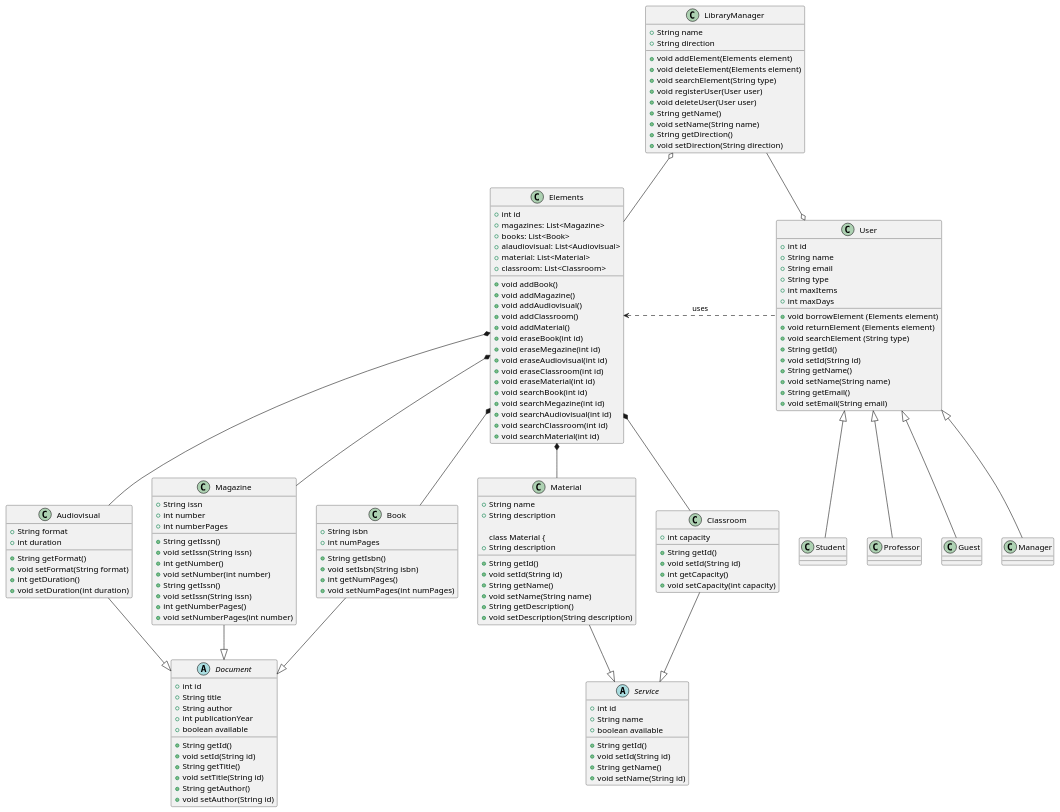
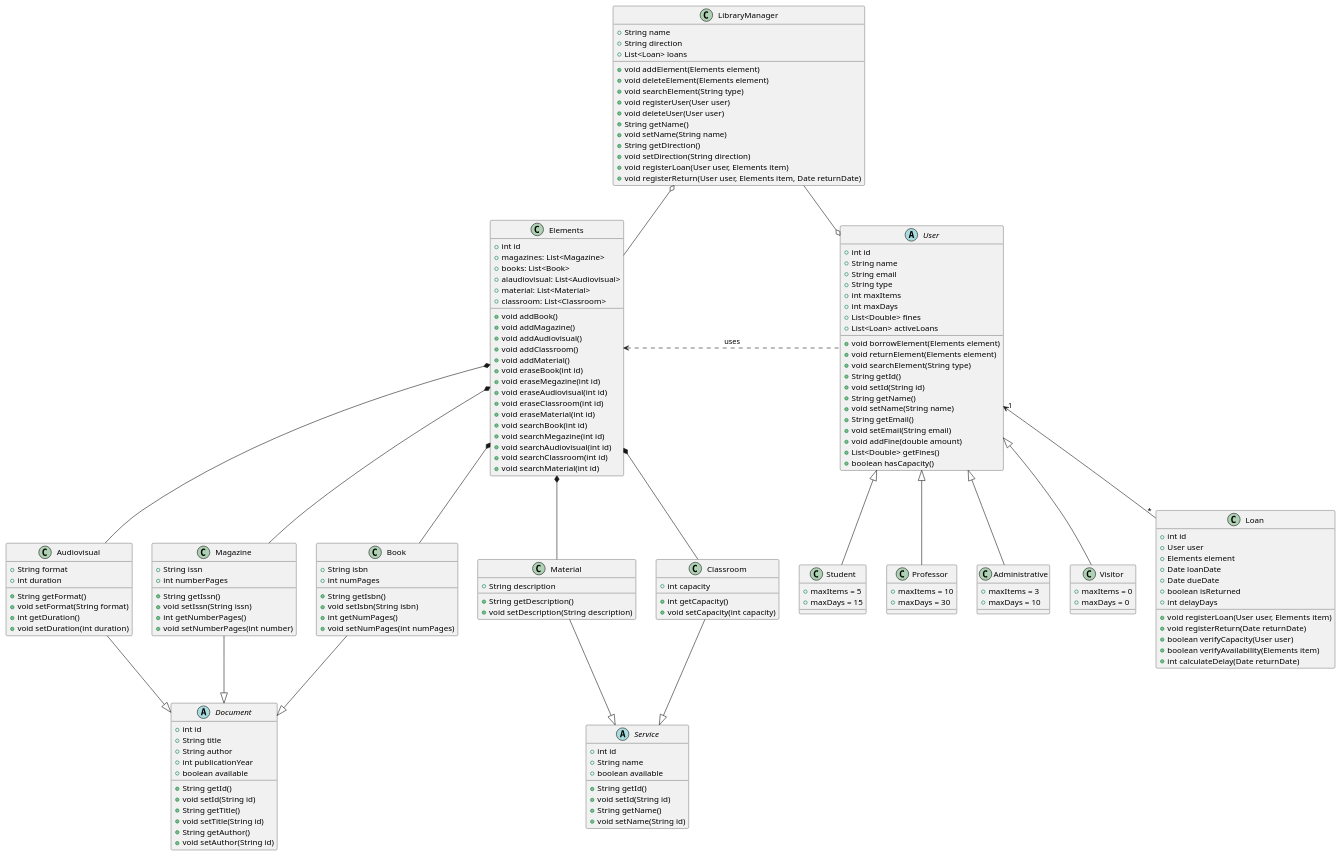
The diagram in modelosUML/DiagramaDeClases.puml (sara-patino/24-25-IdSw2-SDD), drawn with PlantUML before and after one commit.

Commit message:
Nuevas clases y métodos

```diff
--- a/modelosUML/DiagramaDeClases.puml
+++ b/modelosUML/DiagramaDeClases.puml
@@ -1,156 +1,184 @@
 @startuml
 
 LibraryManager o-- Elements
 LibraryManager --o User
 Elements <.right. User : uses
 Elements *-- Book
 Elements *-- Magazine
 Elements *-- Material
 Elements *-- Classroom
 Elements *-- Audiovisual
 Service <|-up- Classroom
 Service <|-up- Material
 Document <|-up- Book
 Document <|-up- Magazine
 Document <|-up- Audiovisual
 User <|-- Student
 User <|-- Professor
-User <|-- Guest
-User <|-- Manager
-
-class Material {
-    +String name
-    +String description
-    +String getId()
-    +void setId(String id)
-    +String getName()
-    +void setName(String name)
+User <|-- Administrative
+User <|-- Visitor
+User "1" <-- "*" Loan 
 
 class Material {
     +String description
     +String getDescription()
     +void setDescription(String description)
 }
 
 class Elements {
     +int id
     +magazines: List<Magazine> 
     +books: List<Book> 
     +alaudiovisual: List<Audiovisual>
     +material: List<Material>
     +classroom: List<Classroom>
     +void addBook()
     +void addMagazine()
     +void addAudiovisual()
     +void addClassroom()
     +void addMaterial()
     +void eraseBook(int id)
     +void eraseMegazine(int id)
     +void eraseAudiovisual(int id)
     +void eraseClassroom(int id)
     +void eraseMaterial(int id)
     +void searchBook(int id)
     +void searchMegazine(int id)
     +void searchAudiovisual(int id)
     +void searchClassroom(int id)
     +void searchMaterial(int id)
 }
 
 abstract class Document {
     +int id
     +String title
     +String author
     +int publicationYear
     +boolean available
     +String getId()
     +void setId(String id)
     +String getTitle()
     +void setTitle(String id)
     +String getAuthor()
     +void setAuthor(String id)
-    
 }
 
-class User {
+abstract class User {
     +int id
     +String name
     +String email
     +String type
     +int maxItems
     +int maxDays
-    +void borrowElement (Elements element)
-    +void returnElement (Elements element)
-    +void searchElement (String type)
+    +List<Double> fines
+    +List<Loan> activeLoans
+    +void borrowElement(Elements element)
+    +void returnElement(Elements element)
+    +void searchElement(String type)
     +String getId()
     +void setId(String id)
     +String getName()
     +void setName(String name)
     +String getEmail()
     +void setEmail(String email)
+    +void addFine(double amount)
+    +List<Double> getFines()
+    +boolean hasCapacity()
+}
+
+class Student {
+    +maxItems = 5
+    +maxDays = 15
+}
+
+class Professor {
+    +maxItems = 10
+    +maxDays = 30
+}
+
+class Administrative {
+    +maxItems = 3
+    +maxDays = 10
+}
+
+class Visitor {
+    +maxItems = 0
+    +maxDays = 0
 }
 
 class Book {
     +String isbn
     +int numPages
     +String getIsbn()
     +void setIsbn(String isbn)
     +int getNumPages()
     +void setNumPages(int numPages)
 }
 
 class Classroom {
     +int capacity
-    +String getId()
-    +void setId(String id)
     +int getCapacity()
     +void setCapacity(int capacity)
 }
 
 abstract class Service {
     +int id
     +String name
     +boolean available
     +String getId()
     +void setId(String id)
     +String getName()
     +void setName(String id)
 }
 
 class Magazine {
     +String issn
-    +int number
-    +String getIssn()
-    +void setIssn(String issn)
-    +int getNumber()
-    +void setNumber(int number)
     +int numberPages
     +String getIssn()
     +void setIssn(String issn)
     +int getNumberPages()
     +void setNumberPages(int number)
 }
 
 class Audiovisual {
     +String format
     +int duration
     +String getFormat()
     +void setFormat(String format)
     +int getDuration()
     +void setDuration(int duration)
 }
 
 class LibraryManager {
     +String name
     +String direction
+    +List<Loan> loans
     +void addElement(Elements element)
     +void deleteElement(Elements element)
     +void searchElement(String type)
     +void registerUser(User user)
     +void deleteUser(User user)
     +String getName()
     +void setName(String name)
     +String getDirection()
     +void setDirection(String direction)
+    +void registerLoan(User user, Elements item)
+    +void registerReturn(User user, Elements item, Date returnDate)
+}
+
+class Loan {
+    +int id
+    +User user
+    +Elements element
+    +Date loanDate
+    +Date dueDate
+    +boolean isReturned
+    +int delayDays
+    +void registerLoan(User user, Elements item)
+    +void registerReturn(Date returnDate)
+    +boolean verifyCapacity(User user)
+    +boolean verifyAvailability(Elements item)
+    +int calculateDelay(Date returnDate)
 }
 
 @enduml
```
